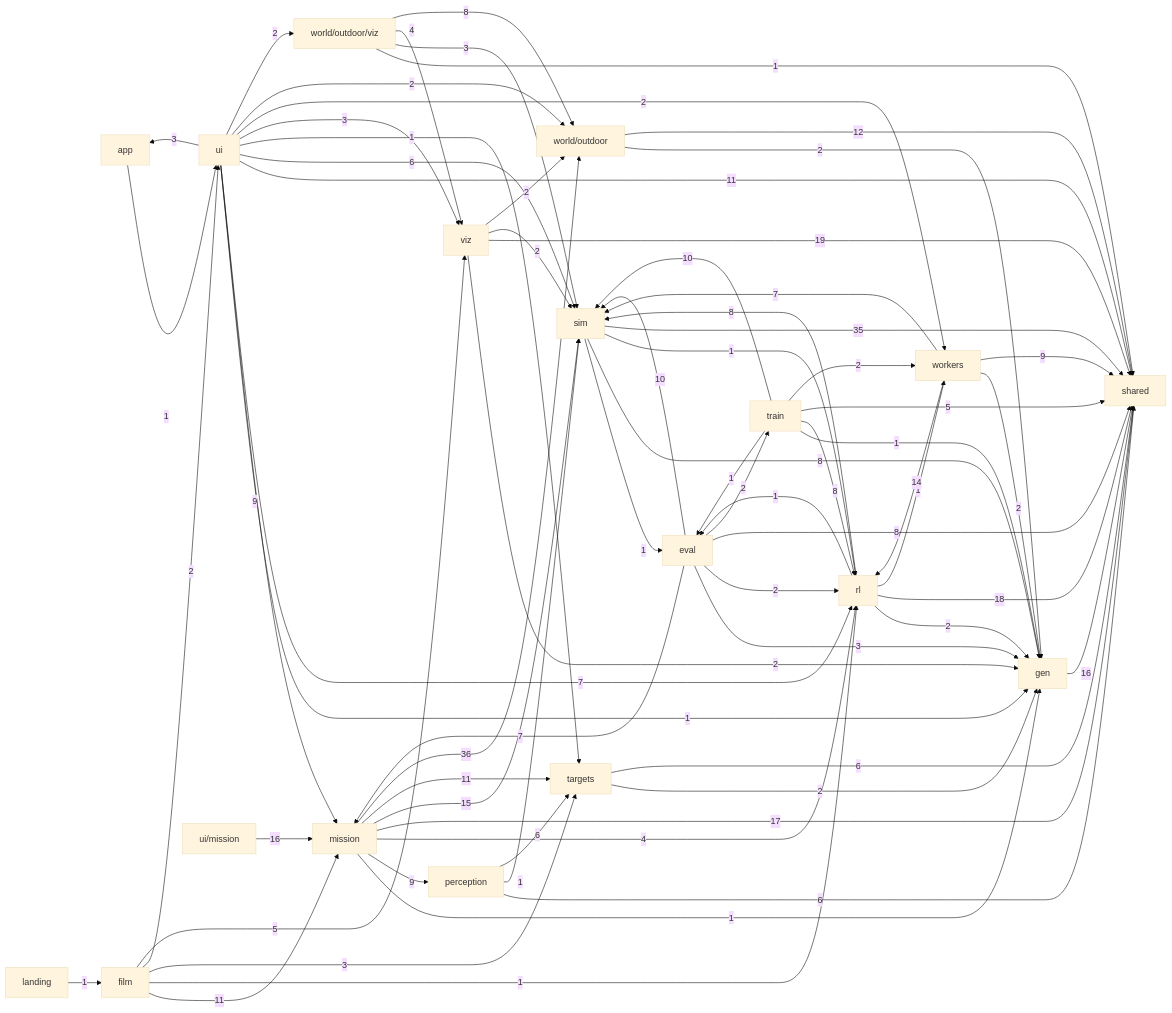
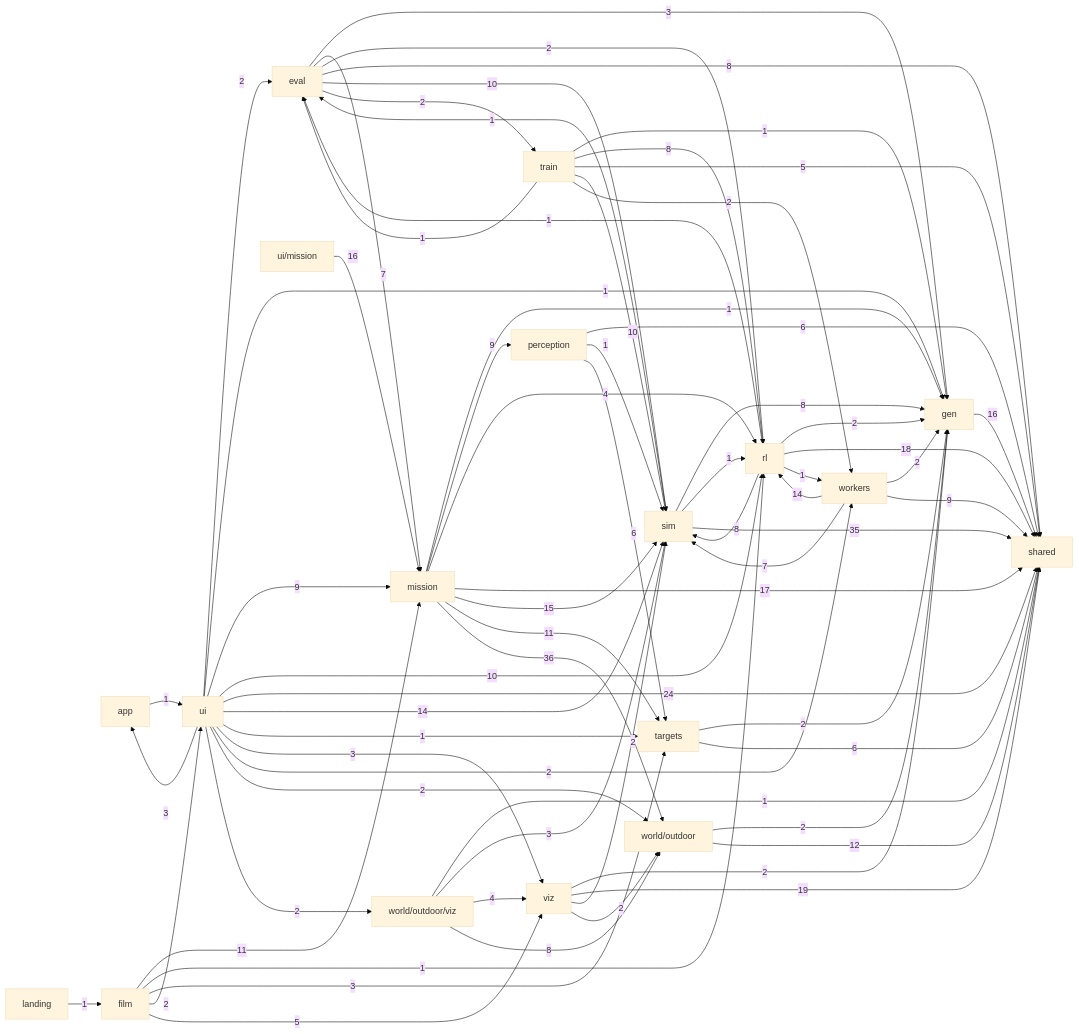
One commit to alexnieves-cs/frontier-fly changed the second of 2 diagrams in docs/ARCHITECTURE.md. Above: the diagram before and after it, drawn with Mermaid (base theme). The commit also changed other lines of this file, not shown here.

Commit message:
Regenerate docs/ARCHITECTURE.md for the race modules
Claude-Session: https://claude.ai/code/session_01KiBUaffamQa2f4KMA4pt5i

```diff
--- a/docs/ARCHITECTURE.md
+++ b/docs/ARCHITECTURE.md
@@ -135,11 +135,12 @@
   train -->|2| workers
   ui_mission -->|16| mission
   ui -->|3| app
+  ui -->|2| eval
   ui -->|1| gen
   ui -->|9| mission
-  ui -->|7| rl
-  ui -->|11| shared
-  ui -->|6| sim
+  ui -->|10| rl
+  ui -->|24| shared
+  ui -->|14| sim
   ui -->|1| targets
   ui -->|3| viz
   ui -->|2| workers
```
